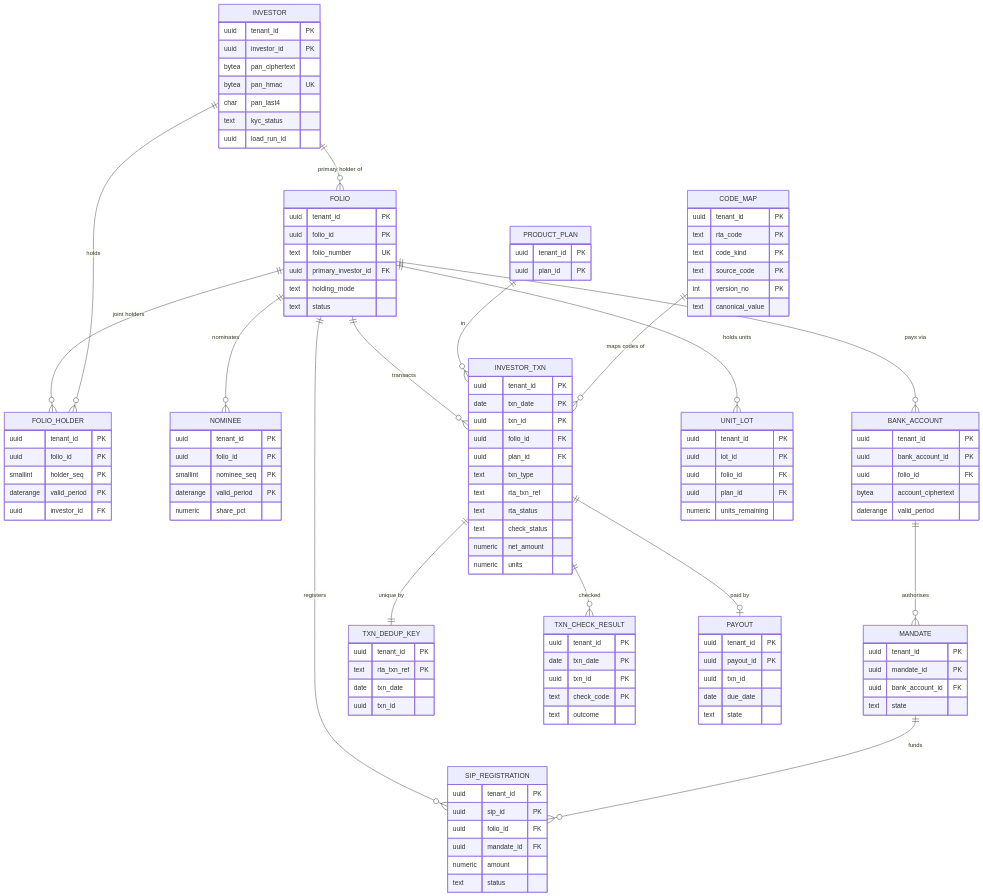
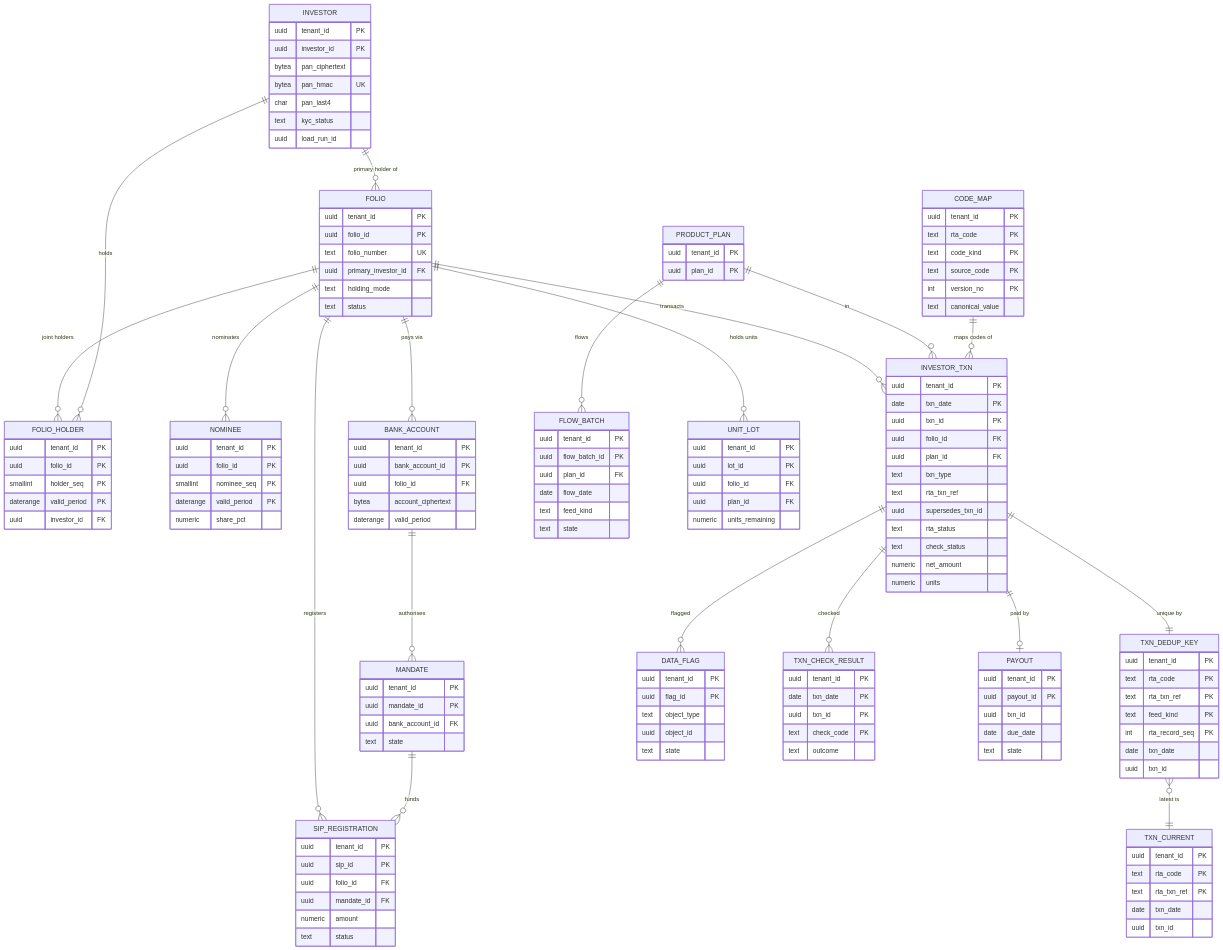
One commit to suchitdubey7/AMC-OS changed the first of 2 diagrams in architecture/erds/D13_investor.md. Above: the diagram before and after it, drawn with Mermaid. The commit also changed other lines of this file and 19 other files, not shown here.

```diff
--- a/architecture/erds/D13_investor.md
+++ b/architecture/erds/D13_investor.md
@@ -17,6 +17,9 @@
   FOLIO ||--o{ INVESTOR_TXN : "transacts"
   PRODUCT_PLAN ||--o{ INVESTOR_TXN : "in"
   INVESTOR_TXN ||--|| TXN_DEDUP_KEY : "unique by"
+  TXN_DEDUP_KEY }o--|| TXN_CURRENT : "latest is"
+  INVESTOR_TXN ||--o{ DATA_FLAG : "flagged"
+  PRODUCT_PLAN ||--o{ FLOW_BATCH : "flows"
   INVESTOR_TXN ||--o{ TXN_CHECK_RESULT : "checked"
   INVESTOR_TXN ||--o| PAYOUT : "paid by"
   FOLIO ||--o{ UNIT_LOT : "holds units"
@@ -75,6 +78,7 @@
     uuid plan_id FK
     text txn_type
     text rta_txn_ref
+    uuid supersedes_txn_id
     text rta_status
     text check_status
     numeric net_amount
@@ -82,9 +86,34 @@
   }
   TXN_DEDUP_KEY {
     uuid tenant_id PK
+    text rta_code PK
+    text rta_txn_ref PK
+    text feed_kind PK
+    int rta_record_seq PK
+    date txn_date
+    uuid txn_id
+  }
+  TXN_CURRENT {
+    uuid tenant_id PK
+    text rta_code PK
     text rta_txn_ref PK
     date txn_date
     uuid txn_id
+  }
+  DATA_FLAG {
+    uuid tenant_id PK
+    uuid flag_id PK
+    text object_type
+    uuid object_id
+    text state
+  }
+  FLOW_BATCH {
+    uuid tenant_id PK
+    uuid flow_batch_id PK
+    uuid plan_id FK
+    date flow_date
+    text feed_kind
+    text state
   }
   TXN_CHECK_RESULT {
     uuid tenant_id PK
```
